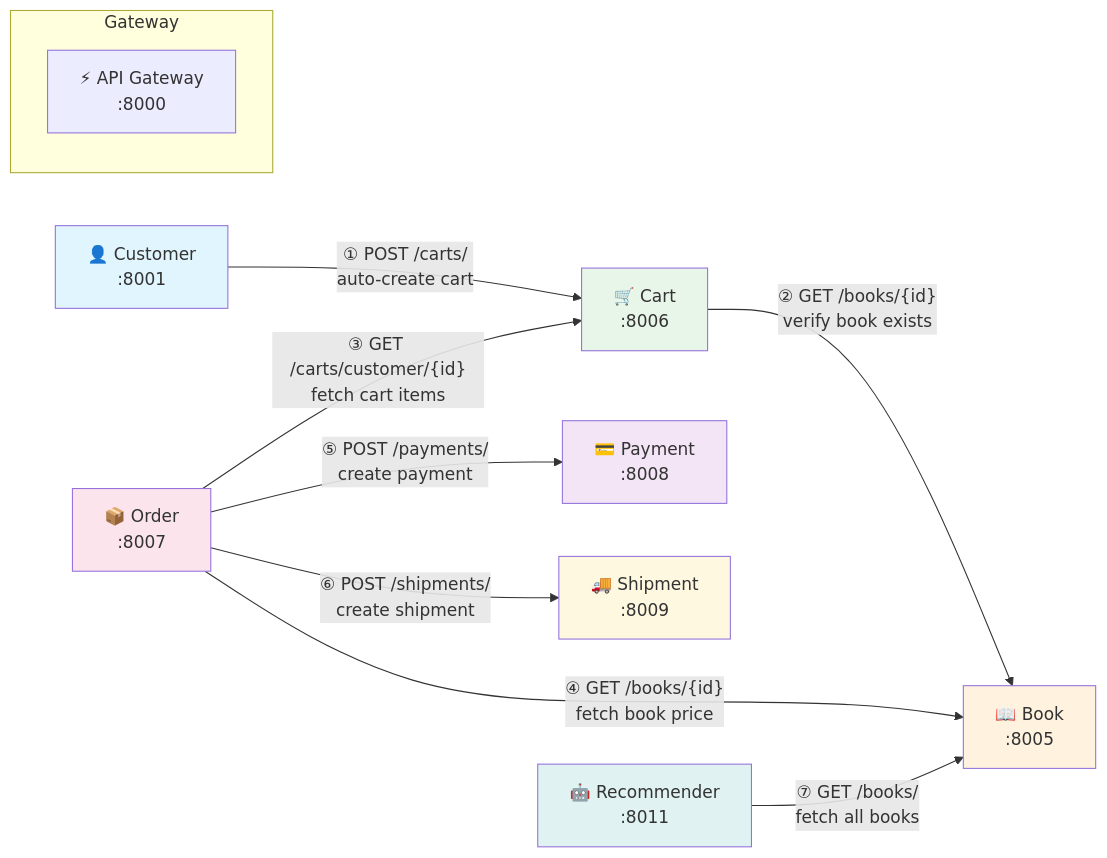
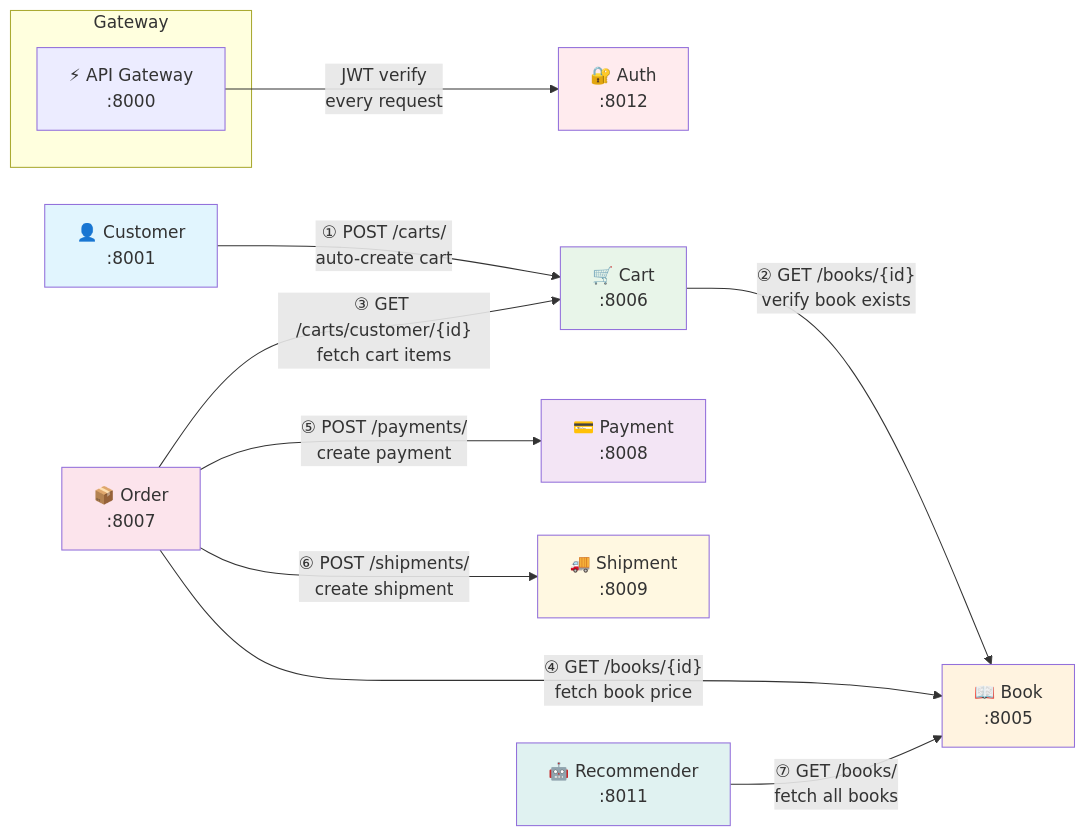
One commit to tuantm204/Bookstore changed the third of 7 diagrams in ARCHITECTURE_DIAGRAM.md. Above: the diagram before and after it, drawn with Mermaid. The commit also changed other lines of this file and 43 other files, not shown here.

````diff
--- a/ARCHITECTURE_DIAGRAM.md
+++ b/ARCHITECTURE_DIAGRAM.md
@@ -79,32 +124,35 @@
 ```mermaid
 graph LR
     subgraph Gateway
         GW["⚡ API Gateway<br/>:8000"]
     end
 
+    AS["🔐 Auth<br/>:8012"]
     CS["👤 Customer<br/>:8001"]
     BS["📖 Book<br/>:8005"]
     CRS["🛒 Cart<br/>:8006"]
     OS["📦 Order<br/>:8007"]
     PS["💳 Payment<br/>:8008"]
     SHS["🚚 Shipment<br/>:8009"]
     RS["🤖 Recommender<br/>:8011"]
 
+    GW -- "JWT verify<br/>every request" --> AS
     CS -- "① POST /carts/<br/>auto-create cart" --> CRS
     CRS -- "② GET /books/{id}<br/>verify book exists" --> BS
 
     OS -- "③ GET /carts/customer/{id}<br/>fetch cart items" --> CRS
     OS -- "④ GET /books/{id}<br/>fetch book price" --> BS
     OS -- "⑤ POST /payments/<br/>create payment" --> PS
     OS -- "⑥ POST /shipments/<br/>create shipment" --> SHS
 
     RS -- "⑦ GET /books/<br/>fetch all books" --> BS
 
+    style AS fill:#ffebee
     style CS fill:#e1f5fe
     style BS fill:#fff3e0
     style CRS fill:#e8f5e9
     style OS fill:#fce4ec
     style PS fill:#f3e5f5
     style SHS fill:#fff8e1
     style RS fill:#e0f2f1
 ```
````
